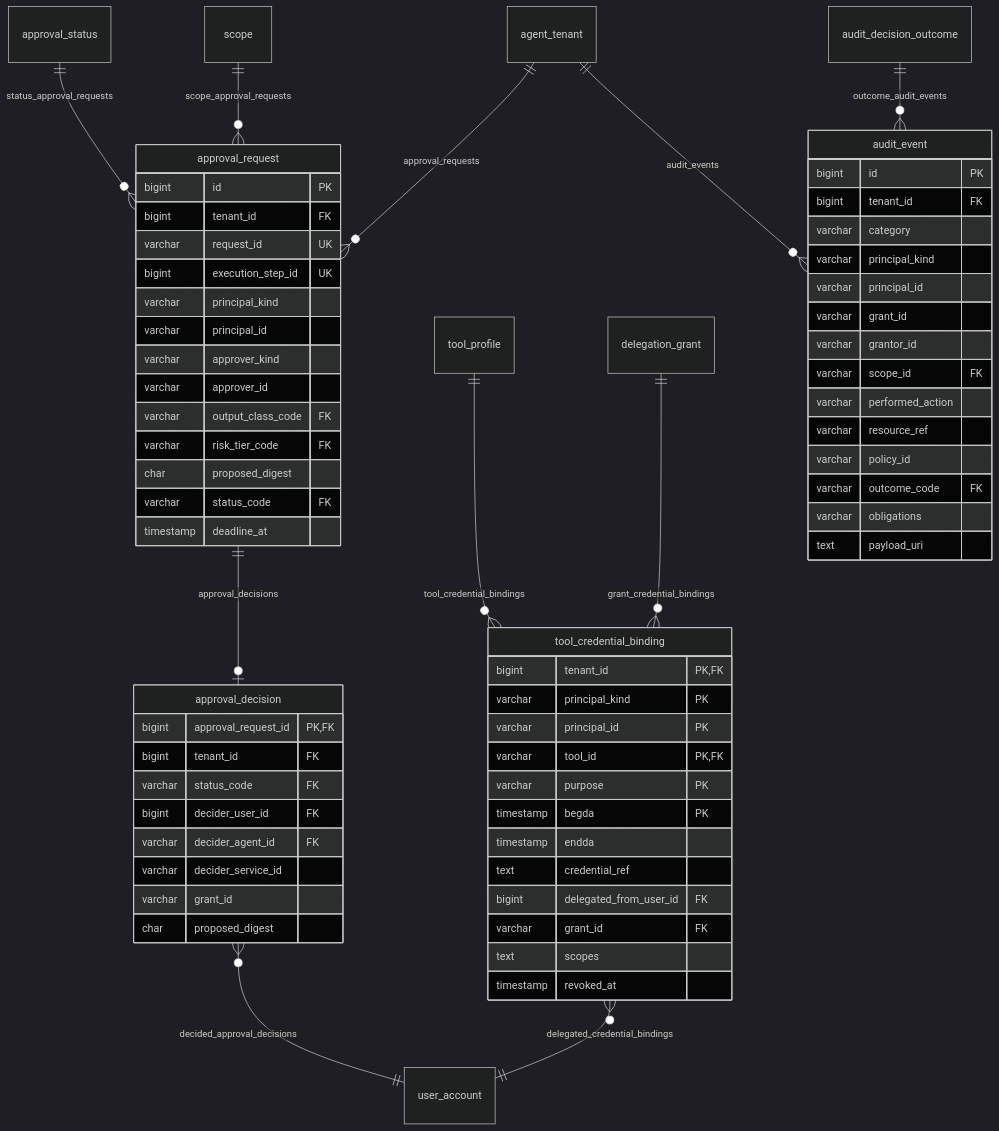
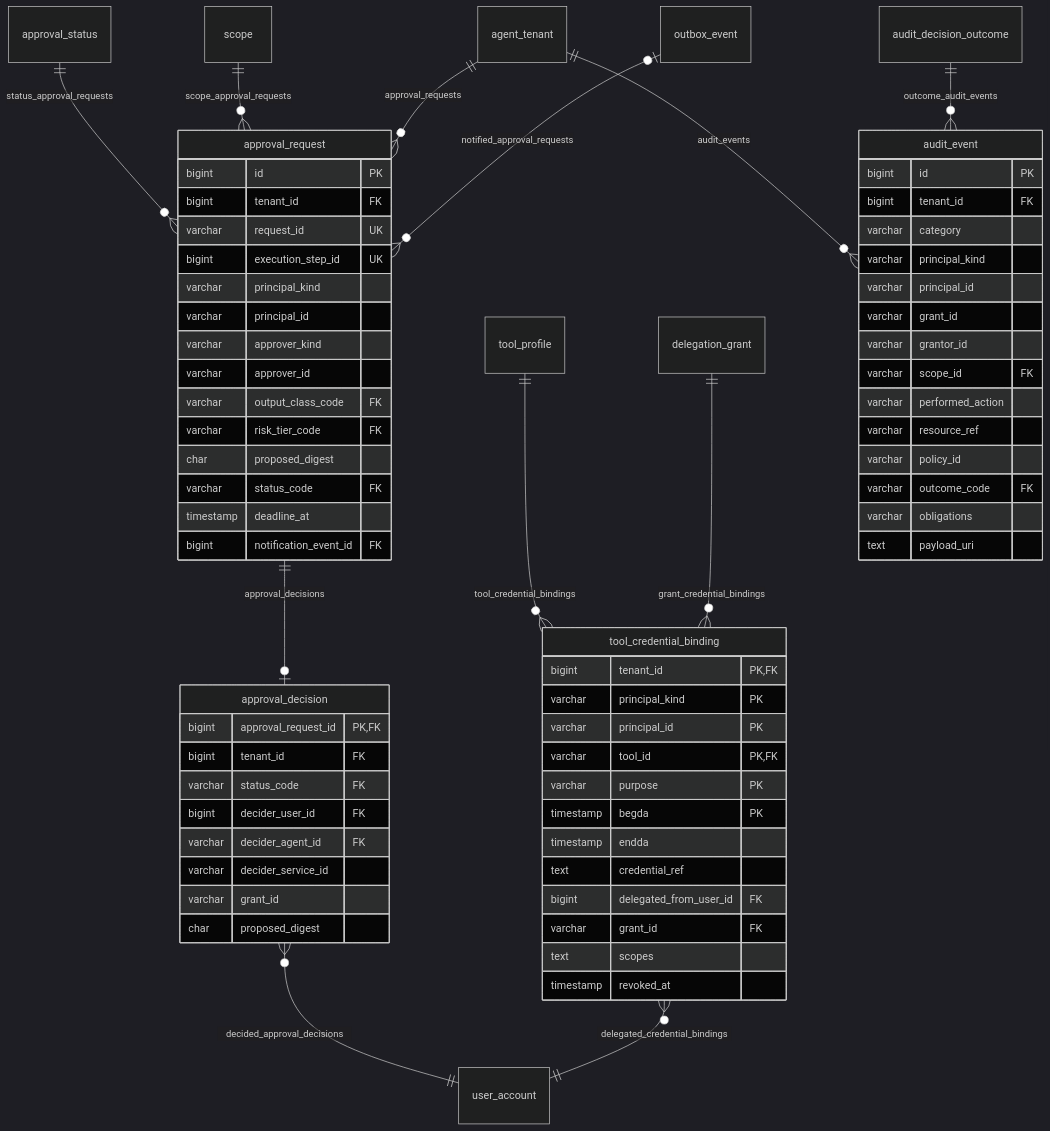
Before and after one commit to nauticana/scout: the tenth of 18 diagrams in doc/database.md, drawn with Mermaid (dark theme). The commit also changed other lines of this file and 77 other files, not shown here.

Commit message:
Every settled run, skill requirements and a platform skill catalog, platform and tenant restriction layers, Charter identity binding and Charter-governed tool calls; approval notices through the keel outbox; mcp-go v1, keel v1.2.87, Charter v1.2.3

````diff
--- a/doc/database.md
+++ b/doc/database.md
@@ -791,69 +883,71 @@
 ```mermaid
 erDiagram
     approval_status ||--o{ approval_request : status_approval_requests
     scope ||--o{ approval_request : scope_approval_requests
     agent_tenant ||--o{ approval_request : approval_requests
     approval_request ||--o| approval_decision : approval_decisions
+    outbox_event |o--o{ approval_request : notified_approval_requests
     tool_profile ||--o{ tool_credential_binding : tool_credential_bindings
     approval_decision }o--|| user_account : decided_approval_decisions
     tool_credential_binding }o--|| user_account : delegated_credential_bindings
     delegation_grant ||--o{ tool_credential_binding : grant_credential_bindings
     agent_tenant ||--o{ audit_event : audit_events
     audit_decision_outcome ||--o{ audit_event : outcome_audit_events
 
     approval_request {
         bigint id PK
         bigint tenant_id FK
         varchar request_id UK
         bigint execution_step_id UK
         varchar principal_kind
         varchar principal_id
         varchar approver_kind
         varchar approver_id
         varchar output_class_code FK
         varchar risk_tier_code FK
         char proposed_digest
         varchar status_code FK
         timestamp deadline_at
+        bigint notification_event_id FK
     }
     approval_decision {
         bigint approval_request_id PK,FK
         bigint tenant_id FK
         varchar status_code FK
         bigint decider_user_id FK
         varchar decider_agent_id FK
         varchar decider_service_id
         varchar grant_id
         char proposed_digest
     }
     tool_credential_binding {
         bigint tenant_id PK,FK
         varchar principal_kind PK
         varchar principal_id PK
         varchar tool_id PK,FK
         varchar purpose PK
         timestamp begda PK
         timestamp endda
         text credential_ref
         bigint delegated_from_user_id FK
         varchar grant_id FK
         text scopes
         timestamp revoked_at
     }
     audit_event {
         bigint id PK
         bigint tenant_id FK
         varchar category
         varchar principal_kind
         varchar principal_id
         varchar grant_id
         varchar grantor_id
         varchar scope_id FK
         varchar performed_action
         varchar resource_ref
         varchar policy_id
         varchar outcome_code FK
         varchar obligations
         text payload_uri
     }
 ```
````
